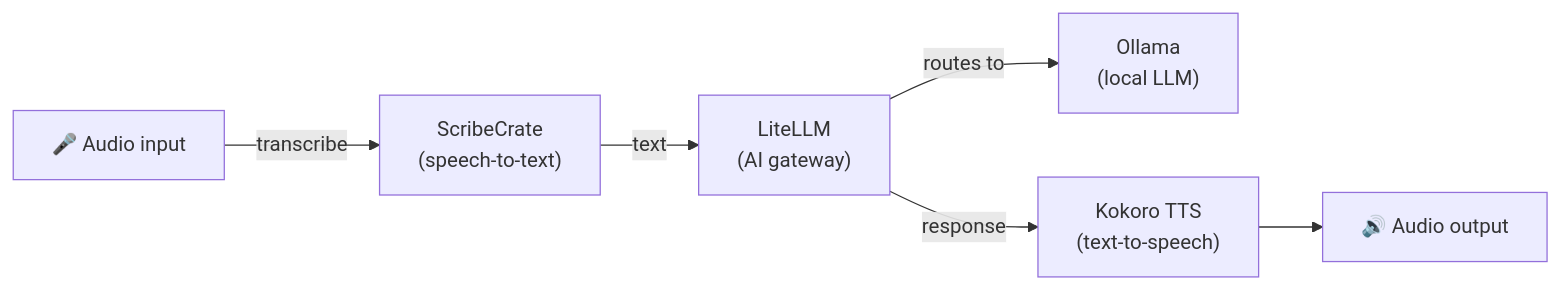
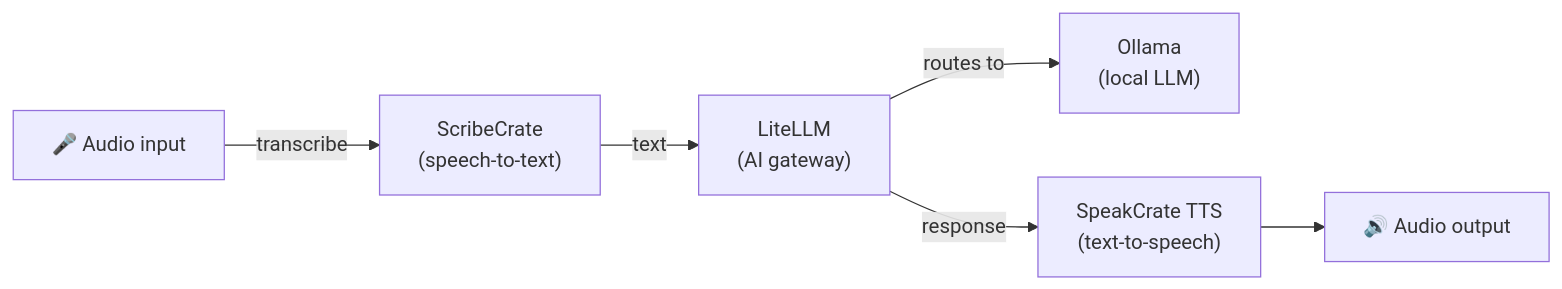
The diagram in stacks/voice-pipeline/README.md (hwdsl2/self-hosted-ai-stack), drawn with Mermaid before and after one commit. The commit also changed other lines of this file and 26 other files, not shown here.

````diff
--- a/stacks/voice-pipeline/README.md
+++ b/stacks/voice-pipeline/README.md
@@ -17,8 +17,8 @@
 ```mermaid
 graph LR
     A["🎤 Audio input"] -->|transcribe| W["ScribeCrate<br/>(speech-to-text)"]
     W -->|text| L["LiteLLM<br/>(AI gateway)"]
     L -->|routes to| O["Ollama<br/>(local LLM)"]
-    L -->|response| T["Kokoro TTS<br/>(text-to-speech)"]
+    L -->|response| T["SpeakCrate TTS<br/>(text-to-speech)"]
     T --> B["🔊 Audio output"]
 ```
````
